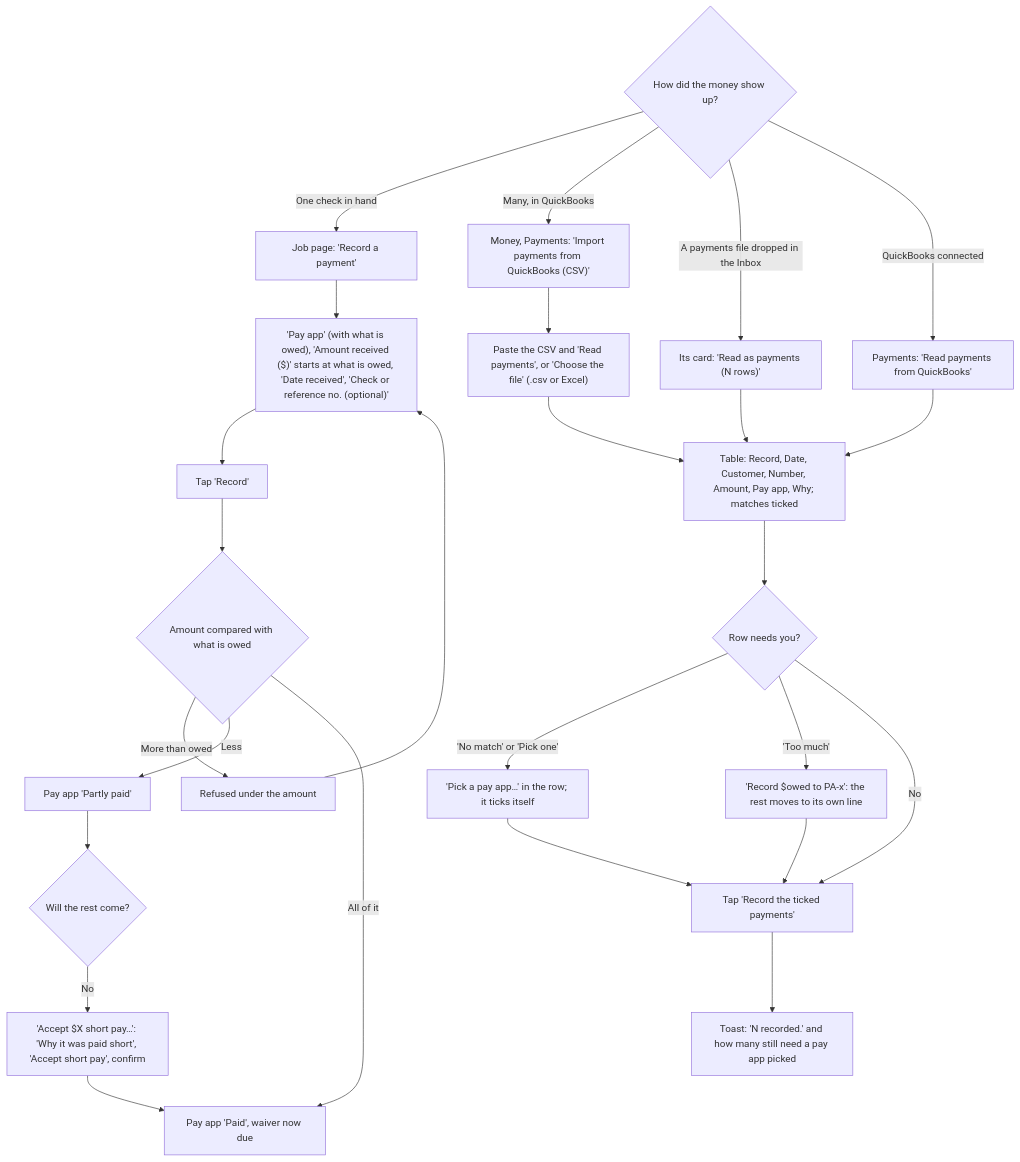
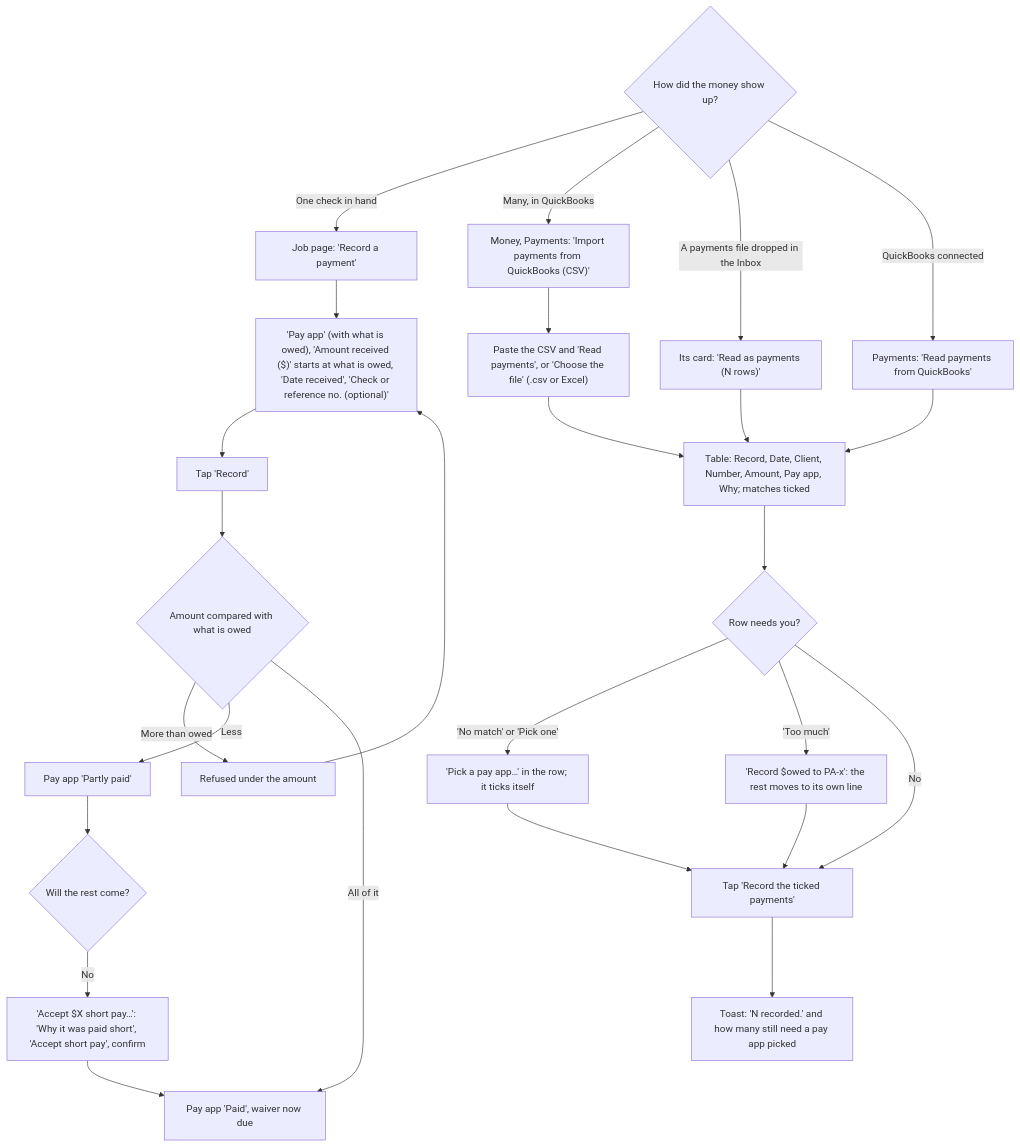
The tenth of 15 diagrams in docs/client-flows.md (cartwrightstephen/billdable), drawn with Mermaid before and after one commit. The commit also changed other lines of this file, not shown here.

First line of the commit message:
Flows doc: the seven sections, Client wording, and references to the split modules

````diff
--- a/docs/client-flows.md
+++ b/docs/client-flows.md
@@ -368,28 +372,28 @@
 ```mermaid
 flowchart TD
     A{"How did the money show up?"} -->|"One check in hand"| B["Job page: 'Record a payment'"]
     B --> C["'Pay app' (with what is owed), 'Amount received ($)' starts at what is owed, 'Date received', 'Check or reference no. (optional)'"]
     C --> D["Tap 'Record'"]
     D --> E{"Amount compared with what is owed"}
     E -->|"More than owed"| F["Refused under the amount"]
     F --> C
     E -->|"Less"| G["Pay app 'Partly paid'"]
     G --> G2{"Will the rest come?"}
     G2 -->|"No"| G3["'Accept $X short pay…': 'Why it was paid short', 'Accept short pay', confirm"]
     G3 --> H
     E -->|"All of it"| H["Pay app 'Paid', waiver now due"]
     A -->|"Many, in QuickBooks"| I["Money, Payments: 'Import payments from QuickBooks (CSV)'"]
     I --> J["Paste the CSV and 'Read payments', or 'Choose the file' (.csv or Excel)"]
     A -->|"A payments file dropped in the Inbox"| J2["Its card: 'Read as payments (N rows)'"]
     J2 --> K
-    J --> K["Table: Record, Date, Customer, Number, Amount, Pay app, Why; matches ticked"]
+    J --> K["Table: Record, Date, Client, Number, Amount, Pay app, Why; matches ticked"]
     K --> L{"Row needs you?"}
     L -->|"'No match' or 'Pick one'"| L1["'Pick a pay app…' in the row; it ticks itself"]
     L -->|"'Too much'"| L2["'Record $owed to PA-x': the rest moves to its own line"]
     L1 --> M
     L2 --> M
     L -->|"No"| M["Tap 'Record the ticked payments'"]
     M --> N["Toast: 'N recorded.' and how many still need a pay app picked"]
     A -->|"QuickBooks connected"| O["Payments: 'Read payments from QuickBooks'"]
     O --> K
 ```
````
